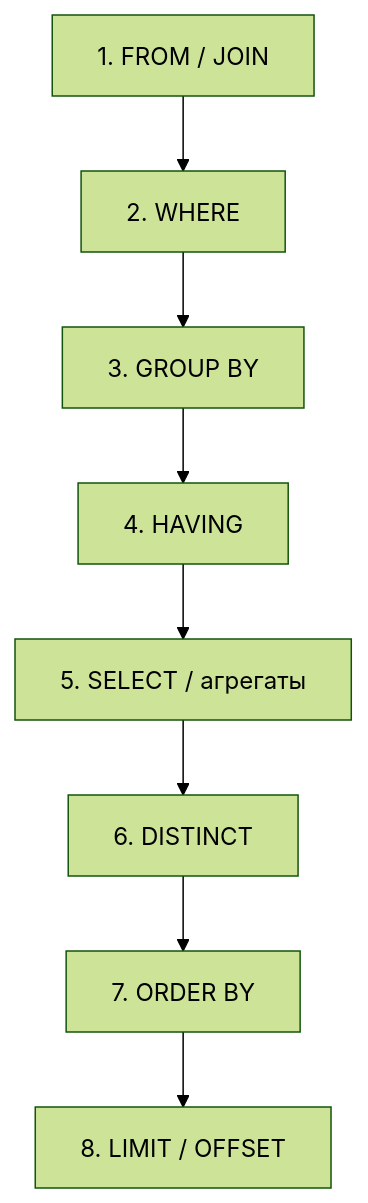
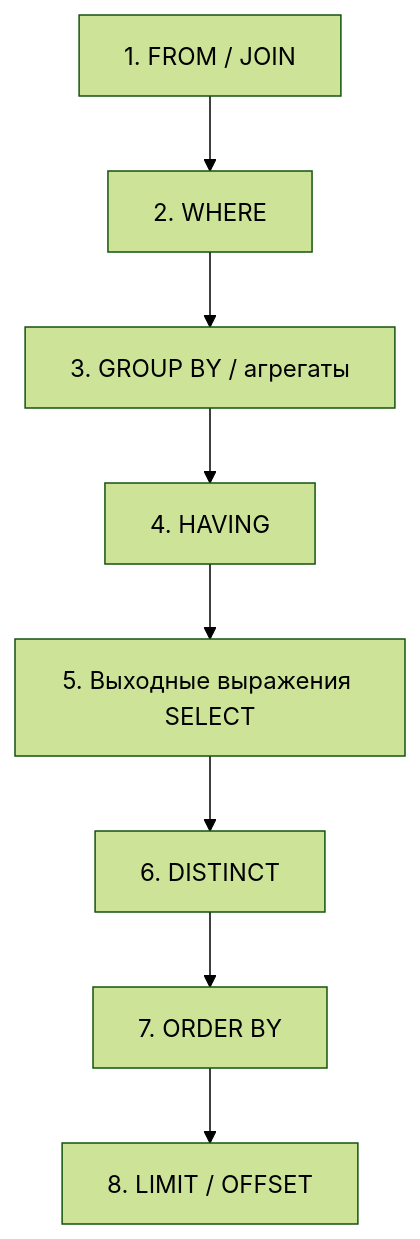
The second of 5 diagrams in cheatsheets/interview/databases/sql-interview.md (akeverus/cheat-sheet), drawn with Mermaid (forest theme) before and after one commit. The commit also changed other lines of this file and 154 other files, not shown here.

````diff
--- a/cheatsheets/interview/databases/sql-interview.md
+++ b/cheatsheets/interview/databases/sql-interview.md
@@ -492,10 +470,10 @@
 ```mermaid
 graph TD
     A["1. FROM / JOIN"] --> B["2. WHERE"]
-    B --> C["3. GROUP BY"]
+    B --> C["3. GROUP BY / агрегаты"]
     C --> D["4. HAVING"]
-    D --> E["5. SELECT / агрегаты"]
+    D --> E["5. Выходные выражения SELECT"]
     E --> F["6. DISTINCT"]
     F --> G["7. ORDER BY"]
     G --> H["8. LIMIT / OFFSET"]
 ```
````
